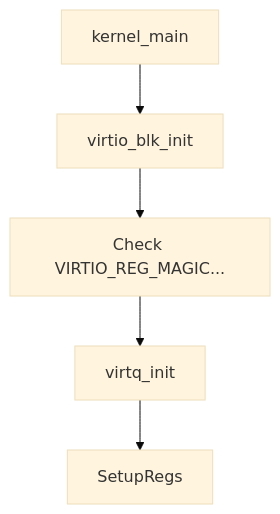
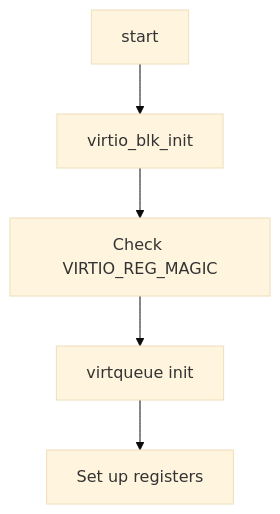
Before and after one commit to phUR99/Project: the fifth of 9 diagrams in OS/README.md, drawn with Mermaid (base theme). The commit also changed other lines of this file, not shown here.

Commit message:
OS mermaid 오류 수정

````diff
--- a/OS/README.md
+++ b/OS/README.md
@@ -77,7 +76,7 @@
 ```mermaid
 graph TD
-    kernel_main --> virtio_blk_init
-    virtio_blk_init --> CheckRegs["Check VIRTIO_REG_MAGIC..."]
-    CheckRegs --> virtq_init
-    virtq_init --> SetupRegs
+    start --> init[virtio_blk_init]
+    init --> check[Check VIRTIO_REG_MAGIC]
+    check --> setup_queue[virtqueue init]
+    setup_queue --> setup_regs[Set up registers]
 ```
````
